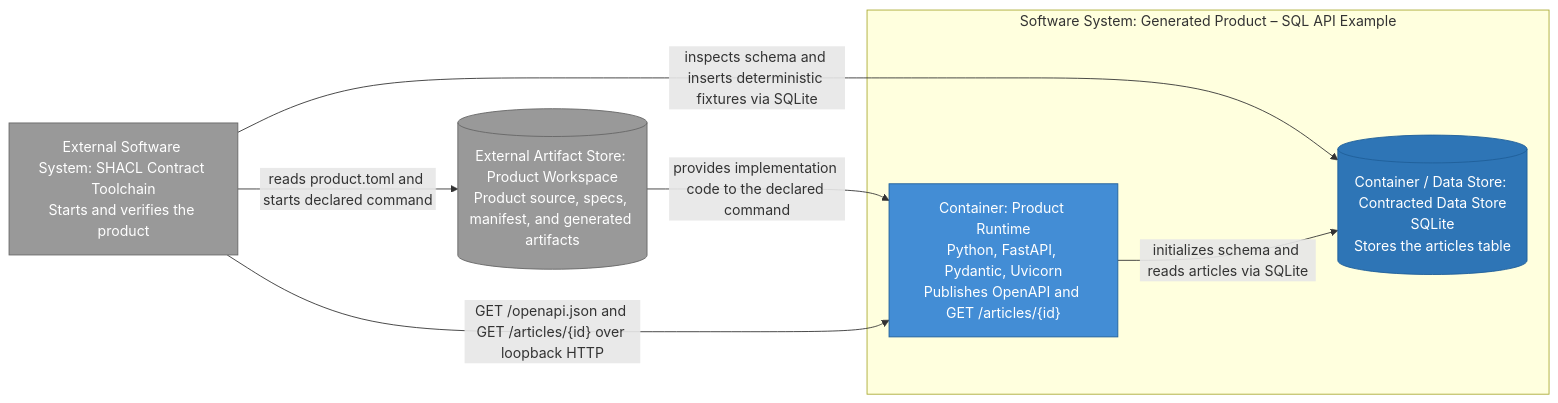
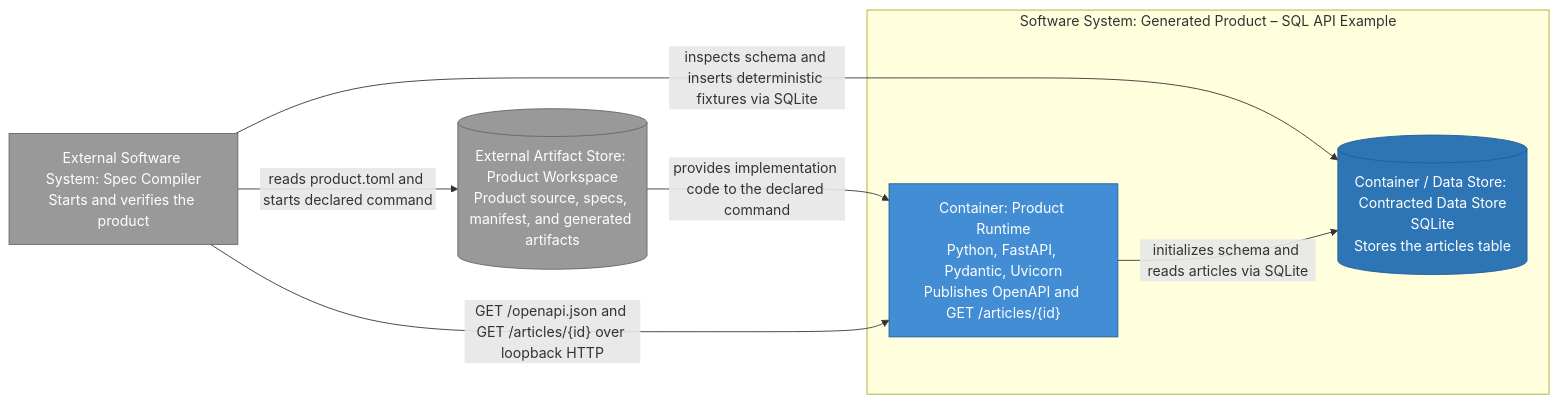
The third of 5 diagrams in docs/architecture/c4.md (arturmiller/spec-compiler), drawn with Mermaid before and after one commit. The commit also changed other lines of this file and 22 other files, not shown here.

Commit message:
Rename product to Spec Compiler

````diff
--- a/docs/architecture/c4.md
+++ b/docs/architecture/c4.md
@@ -130,23 +130,23 @@
 ```mermaid
 flowchart LR
-    harness["External Software System: SHACL Contract Toolchain<br/>Starts and verifies the product"]
+    harness["External Software System: Spec Compiler<br/>Starts and verifies the product"]
     workspace[("External Artifact Store: Product Workspace<br/>Product source, specs, manifest, and generated artifacts")]
 
     subgraph product_boundary["Software System: Generated Product – SQL API Example"]
         runtime["Container: Product Runtime<br/>Python, FastAPI, Pydantic, Uvicorn<br/>Publishes OpenAPI and GET /articles/{id}"]
         database[("Container / Data Store: Contracted Data Store<br/>SQLite<br/>Stores the articles table")]
     end
 
     harness -->|"reads product.toml and starts declared command"| workspace
     workspace -->|"provides implementation code to the declared command"| runtime
     harness -->|"GET /openapi.json and GET /articles/{id} over loopback HTTP"| runtime
     harness -->|"inspects schema and inserts deterministic fixtures via SQLite"| database
     runtime -->|"initializes schema and reads articles via SQLite"| database
 
     classDef container fill:#438dd5,stroke:#1f5f99,color:#fff;
     classDef datastore fill:#2e75b6,stroke:#1f5f99,color:#fff;
     classDef external fill:#999,stroke:#666,color:#fff;
     class runtime container;
     class database datastore;
     class harness,workspace external;
 ```
````
